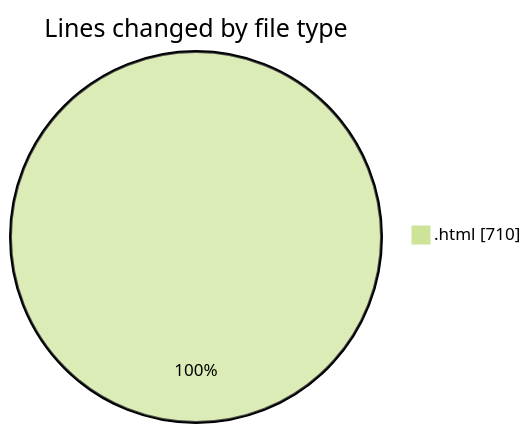
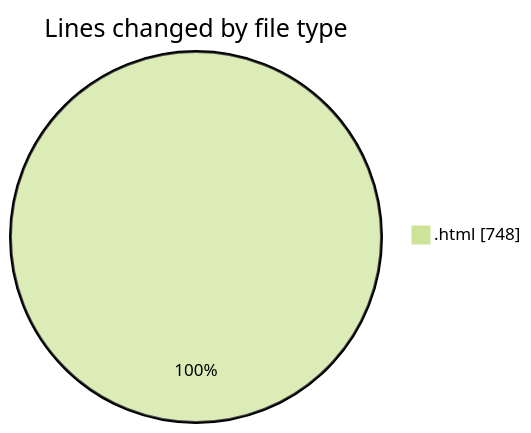
Before and after one commit to LanceThiago/code-tracking: the first of 2 diagrams in 2025-01-13/nueva_carpeta/README.md, drawn with Mermaid (forest theme). The commit also changed other lines of this file and 1 other file, not shown here.

````diff
--- a/2025-01-13/nueva_carpeta/README.md
+++ b/2025-01-13/nueva_carpeta/README.md
@@ -20,5 +20,5 @@
 ```mermaid
 pie showData
 title Lines changed by file type
-".html" : 710
+".html" : 748
 ```
````
